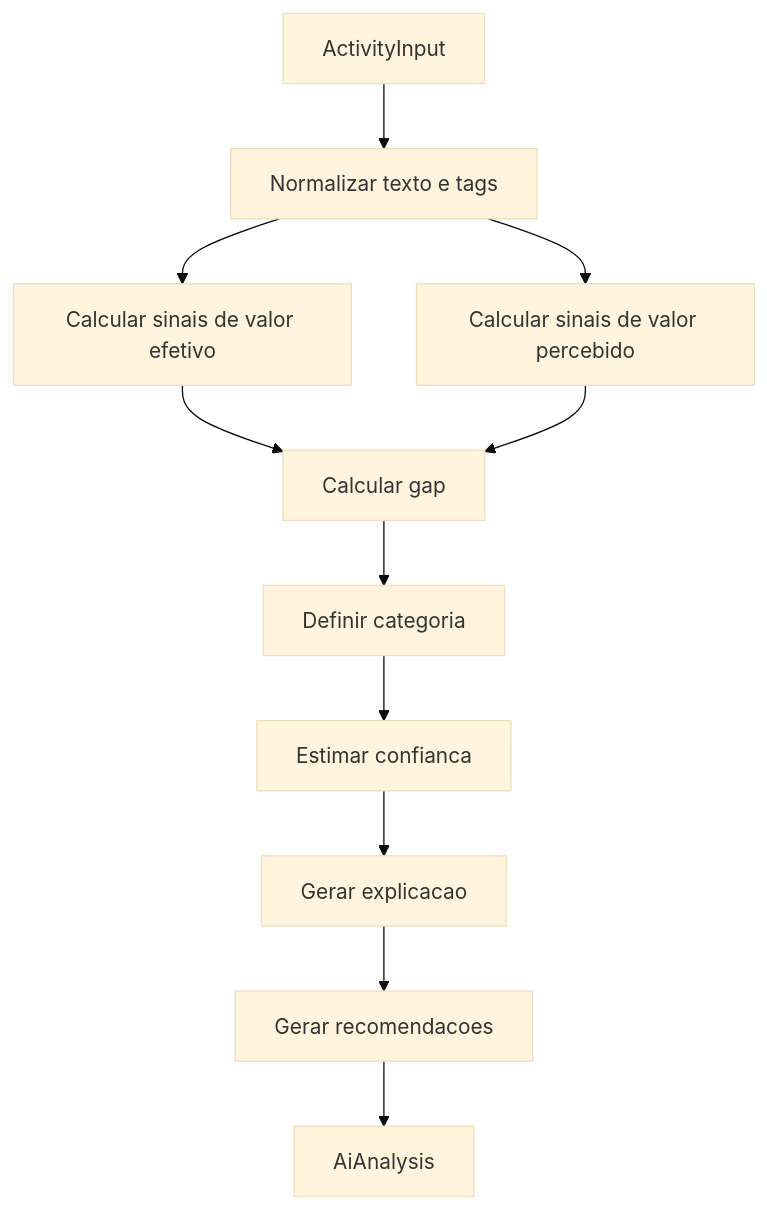
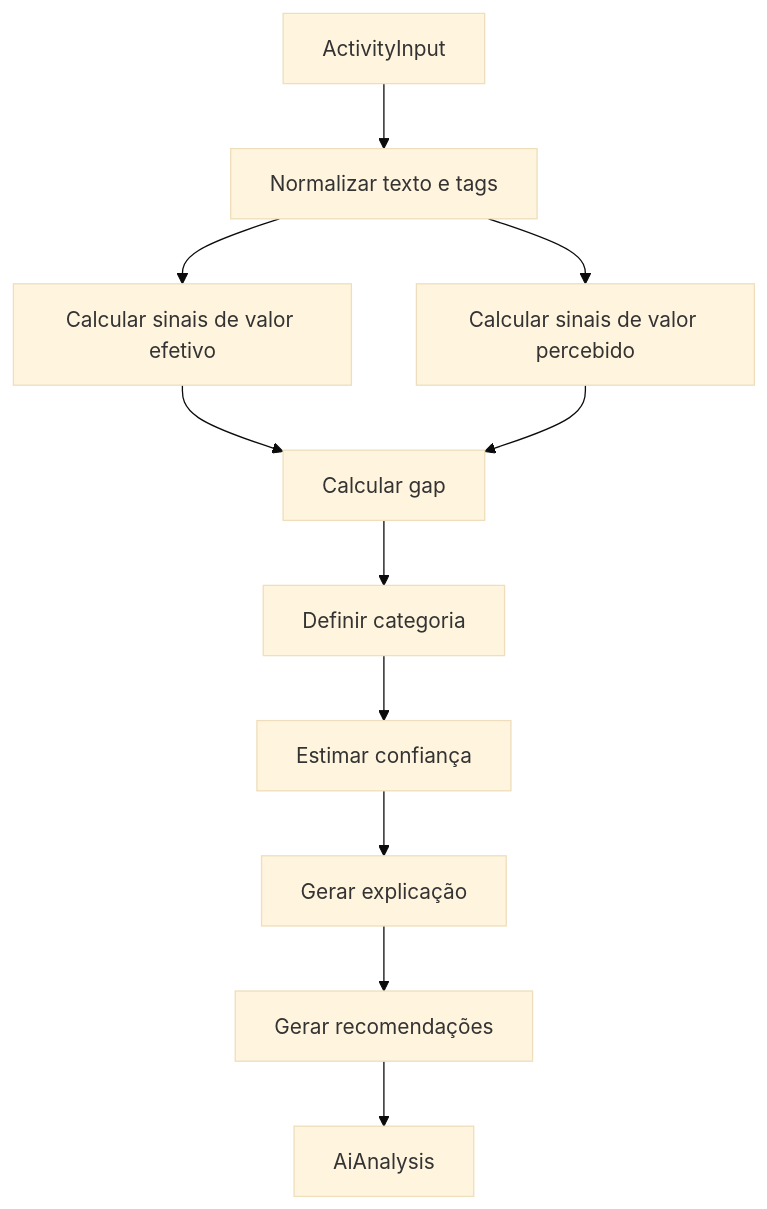
One commit to davidijesus/dev-lens changed the third of 5 diagrams in README.md. Above: the diagram before and after it, drawn with Mermaid (base theme). The commit also changed other lines of this file, not shown here.

````diff
--- a/README.md
+++ b/README.md
@@ -160,13 +160,13 @@
 ```mermaid
 flowchart TD
     Input[ActivityInput] --> Normalize[Normalizar texto e tags]
     Normalize --> Effective[Calcular sinais de valor efetivo]
     Normalize --> Perceived[Calcular sinais de valor percebido]
     Effective --> Gap[Calcular gap]
     Perceived --> Gap
     Gap --> Category[Definir categoria]
-    Category --> Confidence[Estimar confianca]
-    Confidence --> Explanation[Gerar explicacao]
-    Explanation --> Recommendations[Gerar recomendacoes]
+    Category --> Confidence[Estimar confiança]
+    Confidence --> Explanation[Gerar explicação]
+    Explanation --> Recommendations[Gerar recomendações]
     Recommendations --> Output[AiAnalysis]
 ```
````
